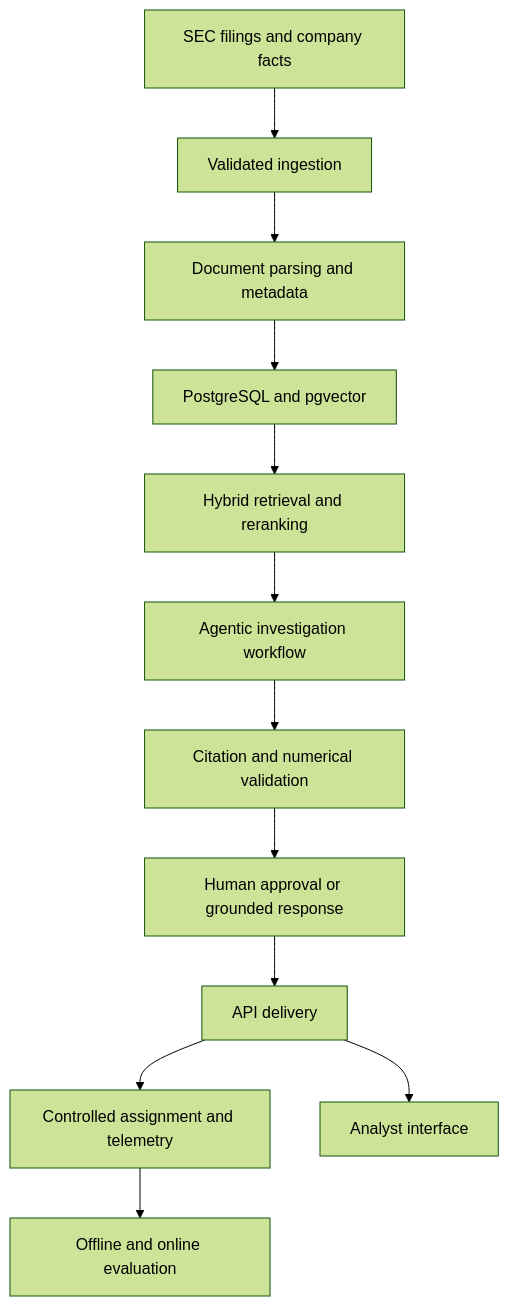
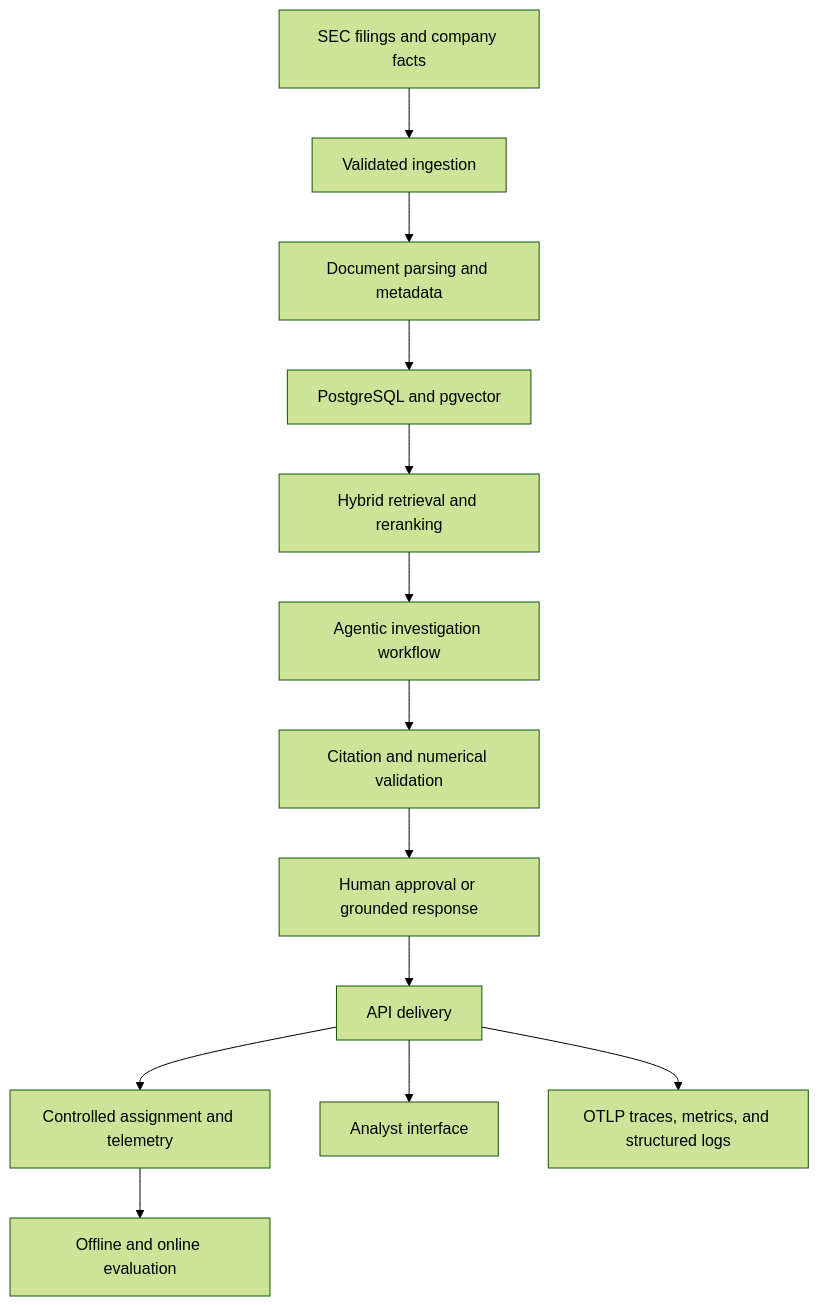
The diagram in README.md (GowthamKondabolu/finsight-ai), drawn with Mermaid (forest theme) before and after one commit. The commit also changed other lines of this file and 33 other files, not shown here.

````diff
--- a/README.md
+++ b/README.md
@@ -97,14 +106,15 @@
 ```mermaid
 flowchart TD
     A["SEC filings and company facts"] --> B["Validated ingestion"]
     B --> C["Document parsing and metadata"]
     C --> D["PostgreSQL and pgvector"]
     D --> E["Hybrid retrieval and reranking"]
     E --> F["Agentic investigation workflow"]
     F --> G["Citation and numerical validation"]
     G --> H["Human approval or grounded response"]
     H --> I["API delivery"]
     I --> J["Controlled assignment and telemetry"]
     J --> K["Offline and online evaluation"]
     I --> L["Analyst interface"]
+    I --> M["OTLP traces, metrics, and structured logs"]
 ```
````
